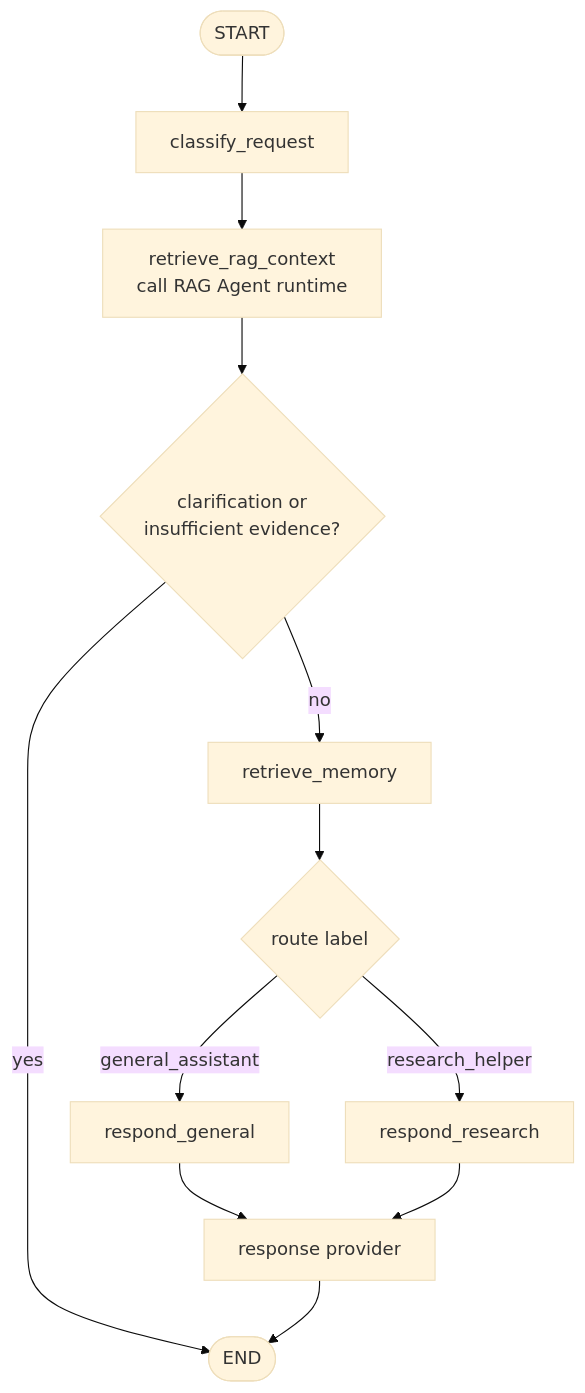
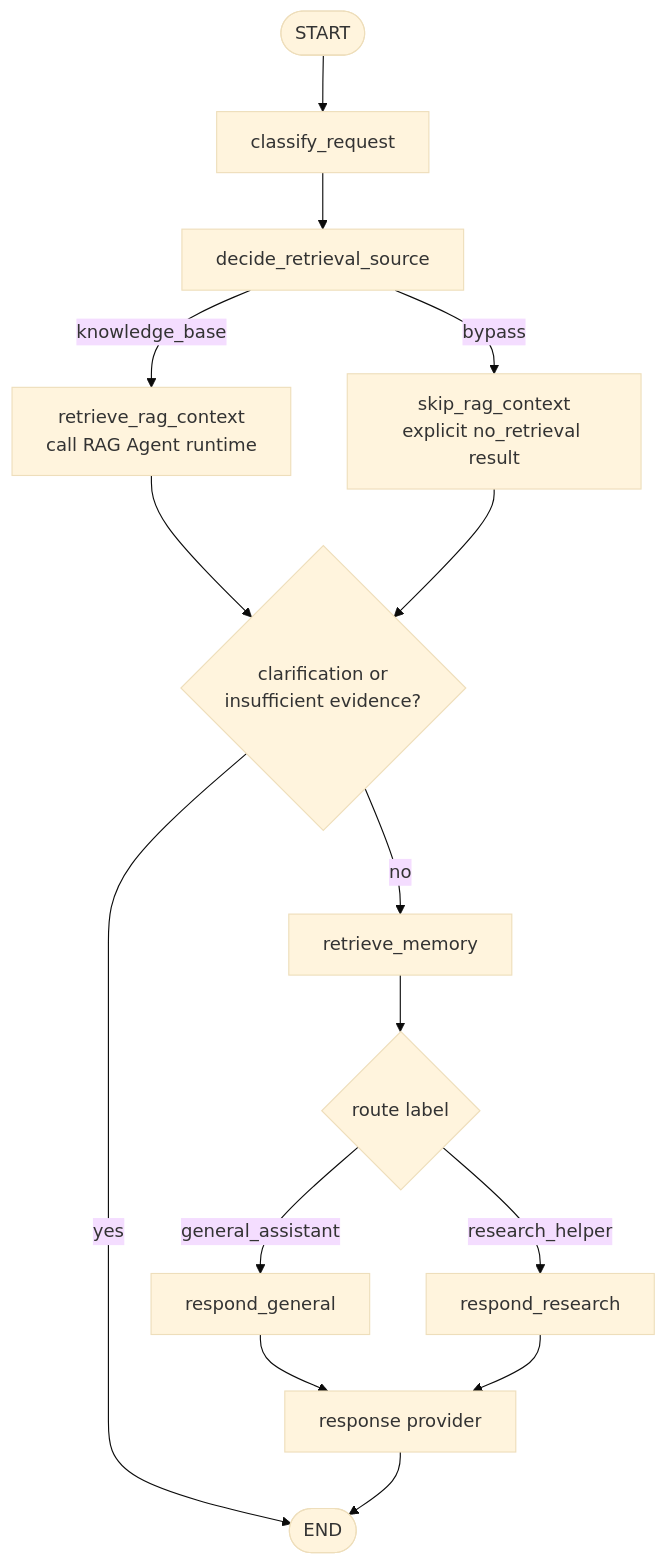
Before and after one commit to heecheon92/my-agents: the first of 2 diagrams in my_agents/agents/general_assistant/README.en.md, drawn with Mermaid (base theme). The commit also changed other lines of this file and 25 other files, not shown here.

````diff
--- a/my_agents/agents/general_assistant/README.en.md
+++ b/my_agents/agents/general_assistant/README.en.md
@@ -32,14 +33,17 @@
 ```mermaid
 flowchart TD
     Start([START]) --> Classify["classify_request"]
-    Classify --> RAG["retrieve_rag_context\ncall RAG Agent runtime"]
+    Classify --> SourceGate["decide_retrieval_source"]
+    SourceGate -->|knowledge_base| RAG["retrieve_rag_context\ncall RAG Agent runtime"]
+    SourceGate -->|bypass| SkipRAG["skip_rag_context\nexplicit no_retrieval result"]
     RAG --> Halt{"clarification or\ninsufficient evidence?"}
+    SkipRAG --> Halt
     Halt -->|yes| End([END])
     Halt -->|no| Memory["retrieve_memory"]
     Memory --> Route{"route label"}
     Route -->|general_assistant| General["respond_general"]
     Route -->|research_helper| Research["respond_research"]
     General --> Provider["response provider"]
     Research --> Provider
     Provider --> End
 ```
````
